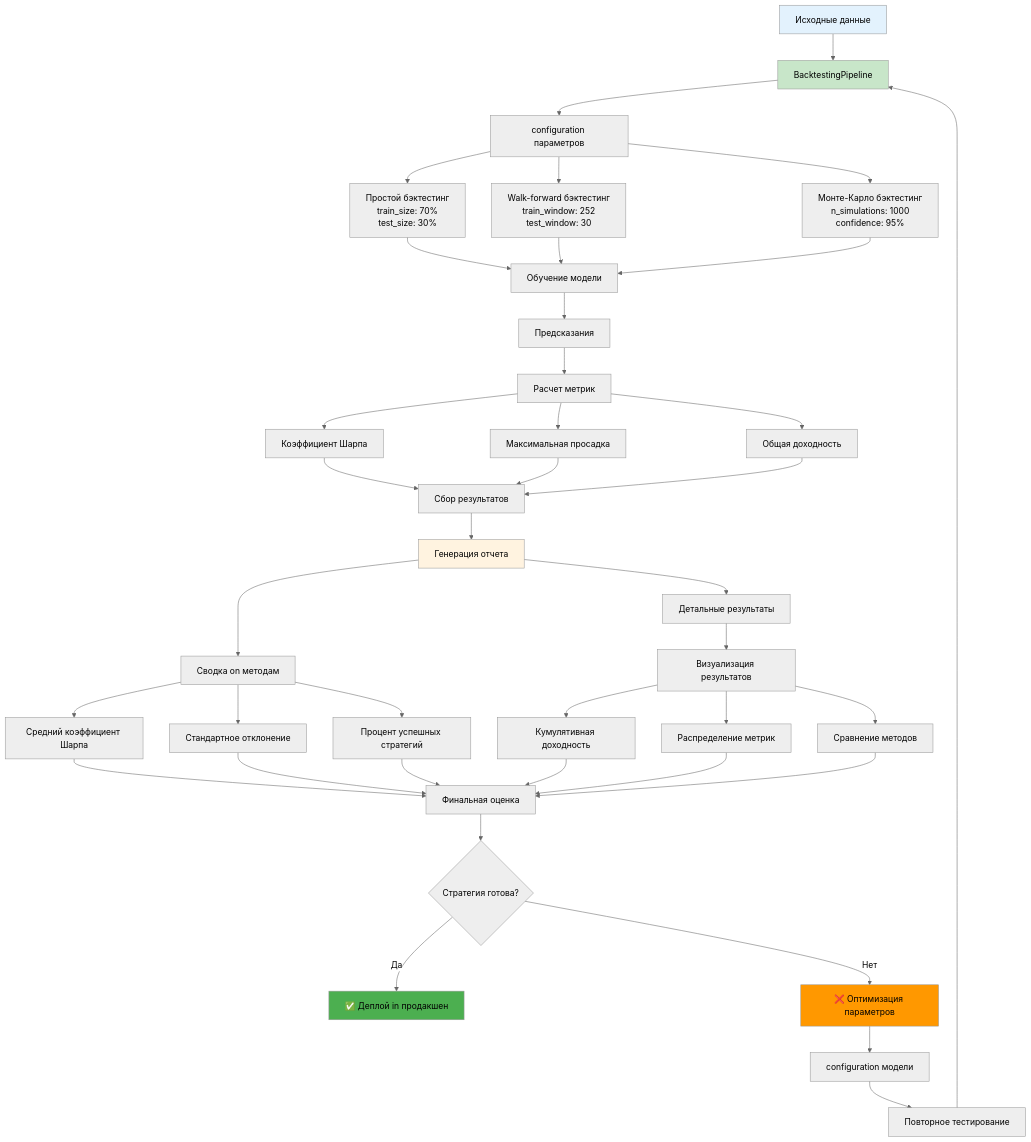
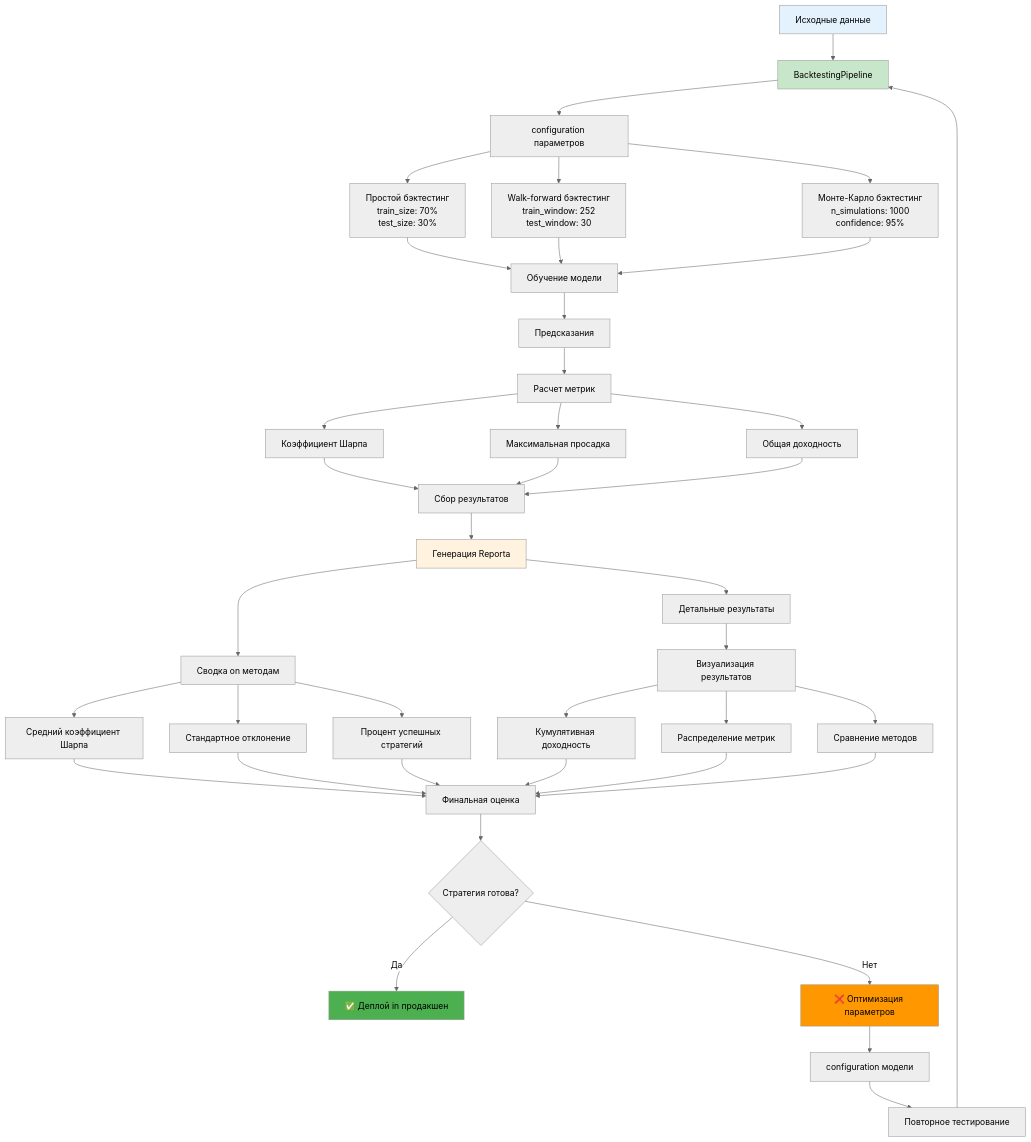
Before and after one commit to NeoZorK/neozork-hld-prediction: the ninth of 9 diagrams in docs/automl/gluon/29_backtesting_methods.md, drawn with Mermaid (neutral theme). The commit also changed other lines of this file and 102 other files, not shown here.

````diff
--- a/docs/automl/gluon/29_backtesting_methods.md
+++ b/docs/automl/gluon/29_backtesting_methods.md
@@ -3393,58 +3393,58 @@
 ```mermaid
 graph TD
  A[Исходные данные] --> B[BacktestingPipeline]
  B --> C[configuration параметров]
 
  C --> D[Простой бэктестинг<br/>train_size: 70%<br/>test_size: 30%]
  C --> E[Walk-forward бэктестинг<br/>train_window: 252<br/>test_window: 30]
  C --> F[Монте-Карло бэктестинг<br/>n_simulations: 1000<br/>confidence: 95%]
 
  D --> G[Обучение модели]
  E --> G
  F --> G
 
  G --> H[Предсказания]
  H --> I[Расчет метрик]
 
  I --> J[Коэффициент Шарпа]
  I --> K[Максимальная просадка]
  I --> L[Общая доходность]
 
  J --> M[Сбор результатов]
  K --> M
  L --> M
 
- M --> N[Генерация отчета]
+ M --> N[Генерация Reportа]
  N --> O[Сводка on методам]
  N --> P[Детальные результаты]
 
  O --> Q[Средний коэффициент Шарпа]
  O --> R[Стандартное отклонение]
  O --> S[Процент успешных стратегий]
 
  P --> T[Визуализация результатов]
  T --> U[Кумулятивная доходность]
  T --> V[Распределение метрик]
  T --> W[Сравнение методов]
 
  Q --> X[Финальная оценка]
  R --> X
  S --> X
  U --> X
  V --> X
  W --> X
 
  X --> Y{Стратегия готова?}
  Y -->|Да| Z[✅ Деплой in продакшен]
  Y -->|Нет| AA[❌ Оптимизация параметров]
 
  AA --> BB[configuration модели]
  BB --> CC[Повторное тестирование]
  CC --> B
 
  style A fill:#e3f2fd
  style B fill:#c8e6c9
  style N fill:#fff3e0
  style Z fill:#4caf50
  style AA fill:#ff9800
 ```
````
